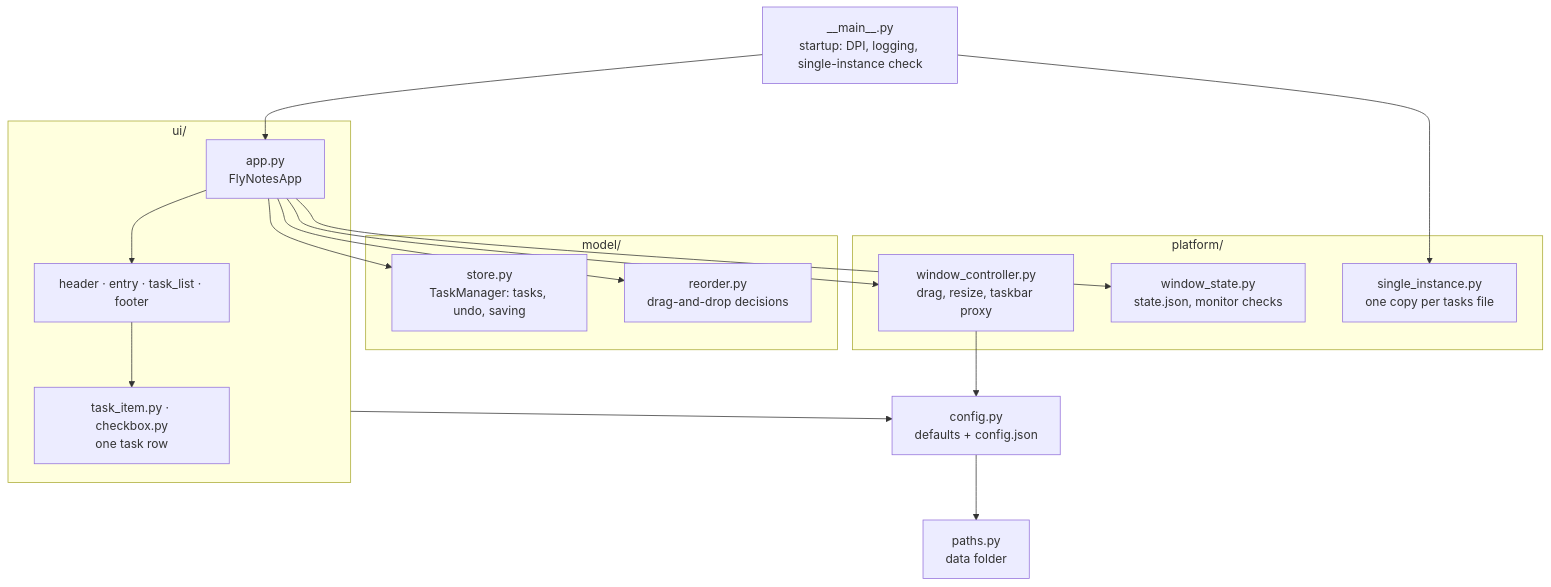
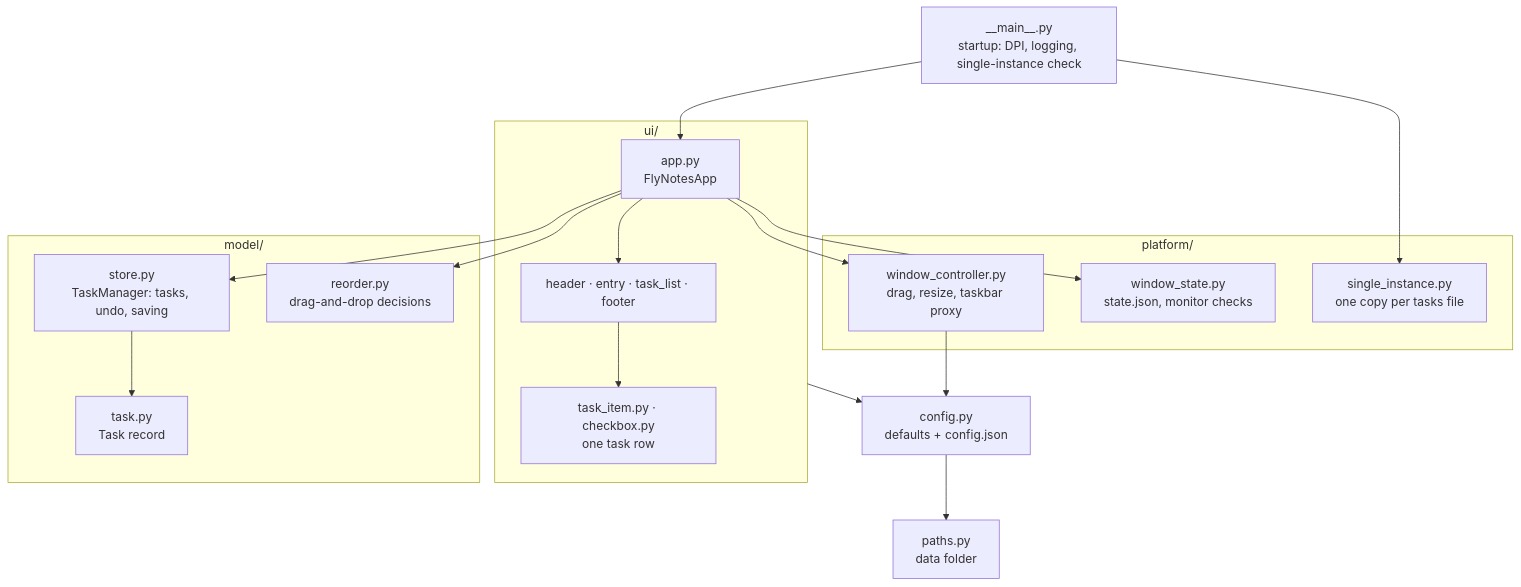
One commit to dbarretol/fly-notes changed the second of 5 diagrams in README.md. Above: the diagram before and after it, drawn with Mermaid. The commit also changed other lines of this file and 1 other file, not shown here.

Commit message:
docs: update CHANGELOG and README for Task dataclass
- Add CHANGELOG entry documenting Task dataclass migration (#20)
- Update README architecture diagram to include task.py module
- Add task.py to README module structure tree
- Document Task record as immutable typed replacement for plain dictionaries
- Clarify that tasks.json format remains unchanged for users

````diff
--- a/README.md
+++ b/README.md
@@ -225,36 +225,38 @@
 ```mermaid
 flowchart TD
     main["__main__.py<br/>startup: DPI, logging, single-instance check"]
 
     subgraph ui["ui/"]
         app["app.py<br/>FlyNotesApp"]
         widgets["header · entry · task_list · footer"]
         item["task_item.py · checkbox.py<br/>one task row"]
     end
 
     subgraph model["model/"]
         store["store.py<br/>TaskManager: tasks, undo, saving"]
+        task["task.py<br/>Task record"]
         reorder["reorder.py<br/>drag-and-drop decisions"]
     end
 
     subgraph platform["platform/"]
         win["window_controller.py<br/>drag, resize, taskbar proxy"]
         state["window_state.py<br/>state.json, monitor checks"]
         single["single_instance.py<br/>one copy per tasks file"]
     end
 
     config["config.py<br/>defaults + config.json"]
     paths["paths.py<br/>data folder"]
 
     main --> single
     main --> app
     app --> widgets
     widgets --> item
     app --> store
+    store --> task
     app --> reorder
     app --> win
     app --> state
     ui --> config
     win --> config
     config --> paths
 ```
````
